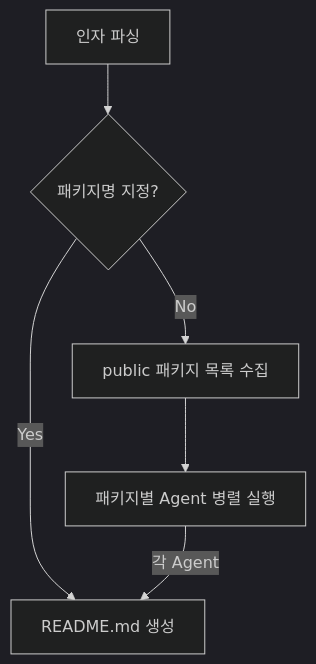
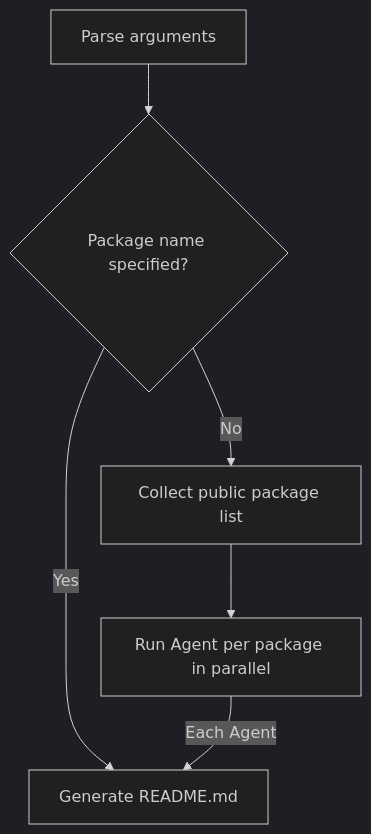
Before and after one commit to kslhunter/simplysm: the diagram in .claude/skills/sd-readme/SKILL.md, drawn with Mermaid (dark theme). The commit also changed other lines of this file and 43 other files, not shown here.

````diff
--- a/.claude/skills/sd-readme/SKILL.md
+++ b/.claude/skills/sd-readme/SKILL.md
@@ -14,8 +14,8 @@
 ```mermaid
 flowchart TD
-    A[인자 파싱] --> B{패키지명 지정?}
-    B -- Yes --> C[README.md 생성]
-    B -- No --> D[public 패키지 목록 수집]
-    D --> E[패키지별 Agent 병렬 실행]
-    E -- 각 Agent --> C
+    A[Parse arguments] --> B{Package name specified?}
+    B -- Yes --> C[Generate README.md]
+    B -- No --> D[Collect public package list]
+    D --> E[Run Agent per package in parallel]
+    E -- Each Agent --> C
 ```
````
